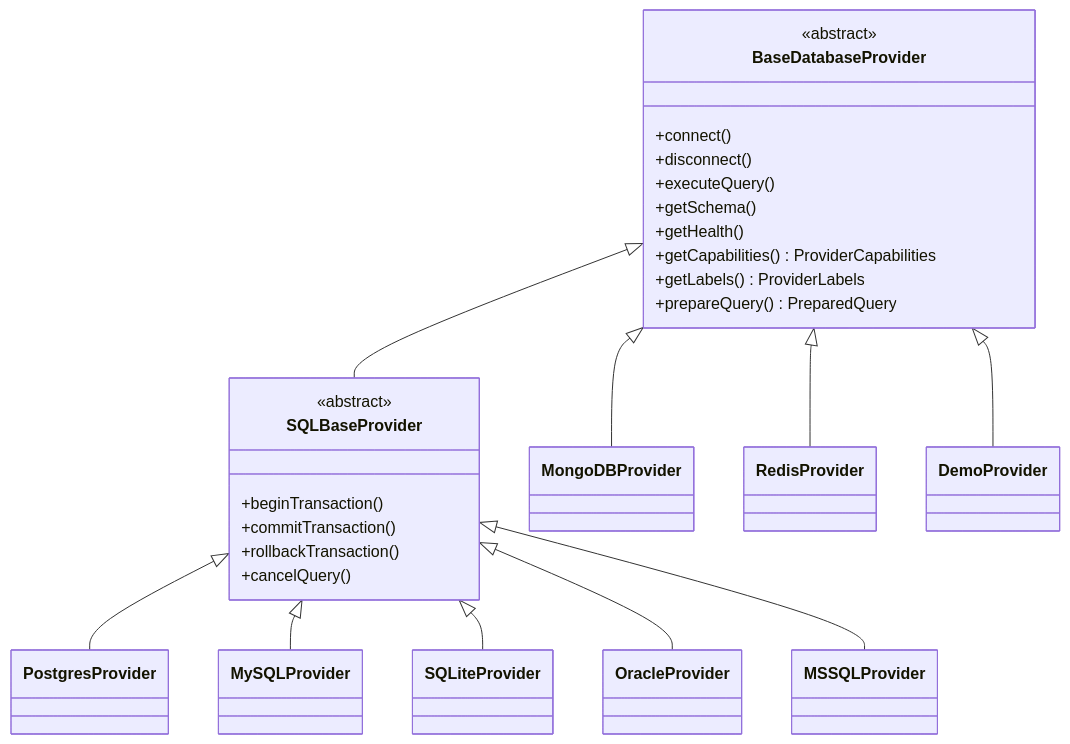
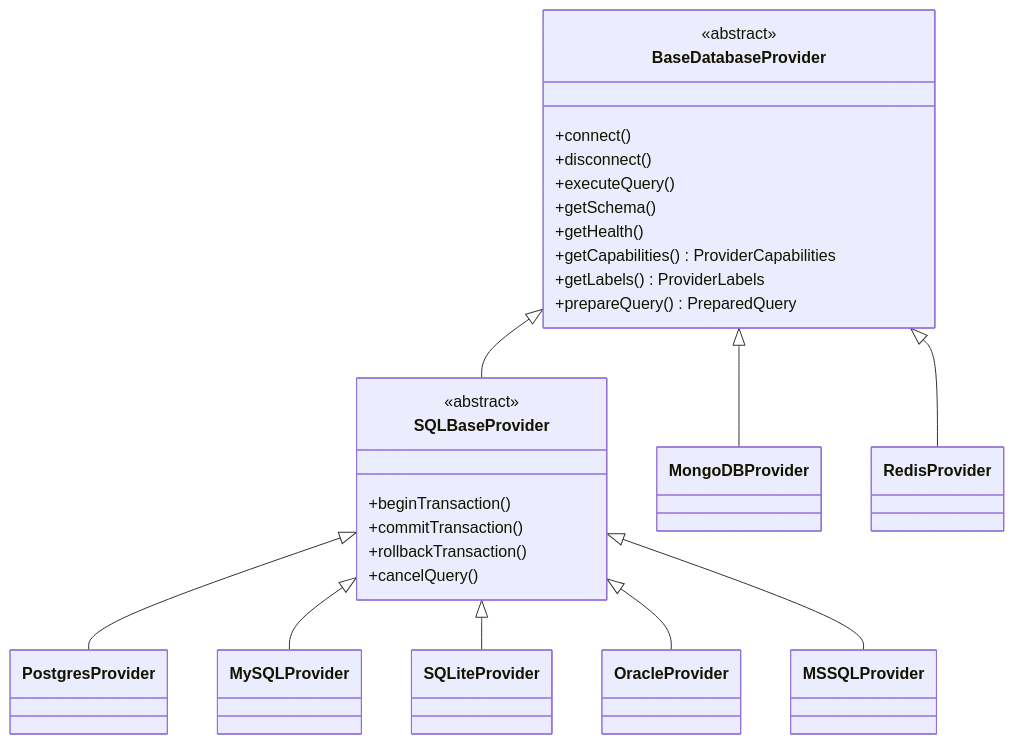
Before and after one commit to libredb/libredb-studio: the second of 3 diagrams in docs/ARCHITECTURE.md, drawn with Mermaid. The commit also changed other lines of this file and 35 other files, not shown here.

````diff
--- a/docs/ARCHITECTURE.md
+++ b/docs/ARCHITECTURE.md
@@ -68,33 +67,32 @@
 ```mermaid
 classDiagram
     class BaseDatabaseProvider {
         <<abstract>>
         +connect()
         +disconnect()
         +executeQuery()
         +getSchema()
         +getHealth()
         +getCapabilities() ProviderCapabilities
         +getLabels() ProviderLabels
         +prepareQuery() PreparedQuery
     }
 
     class SQLBaseProvider {
         <<abstract>>
         +beginTransaction()
         +commitTransaction()
         +rollbackTransaction()
         +cancelQuery()
     }
 
     BaseDatabaseProvider <|-- SQLBaseProvider
     BaseDatabaseProvider <|-- MongoDBProvider
     BaseDatabaseProvider <|-- RedisProvider
-    BaseDatabaseProvider <|-- DemoProvider
 
     SQLBaseProvider <|-- PostgresProvider
     SQLBaseProvider <|-- MySQLProvider
     SQLBaseProvider <|-- SQLiteProvider
     SQLBaseProvider <|-- OracleProvider
     SQLBaseProvider <|-- MSSQLProvider
 ```
````
